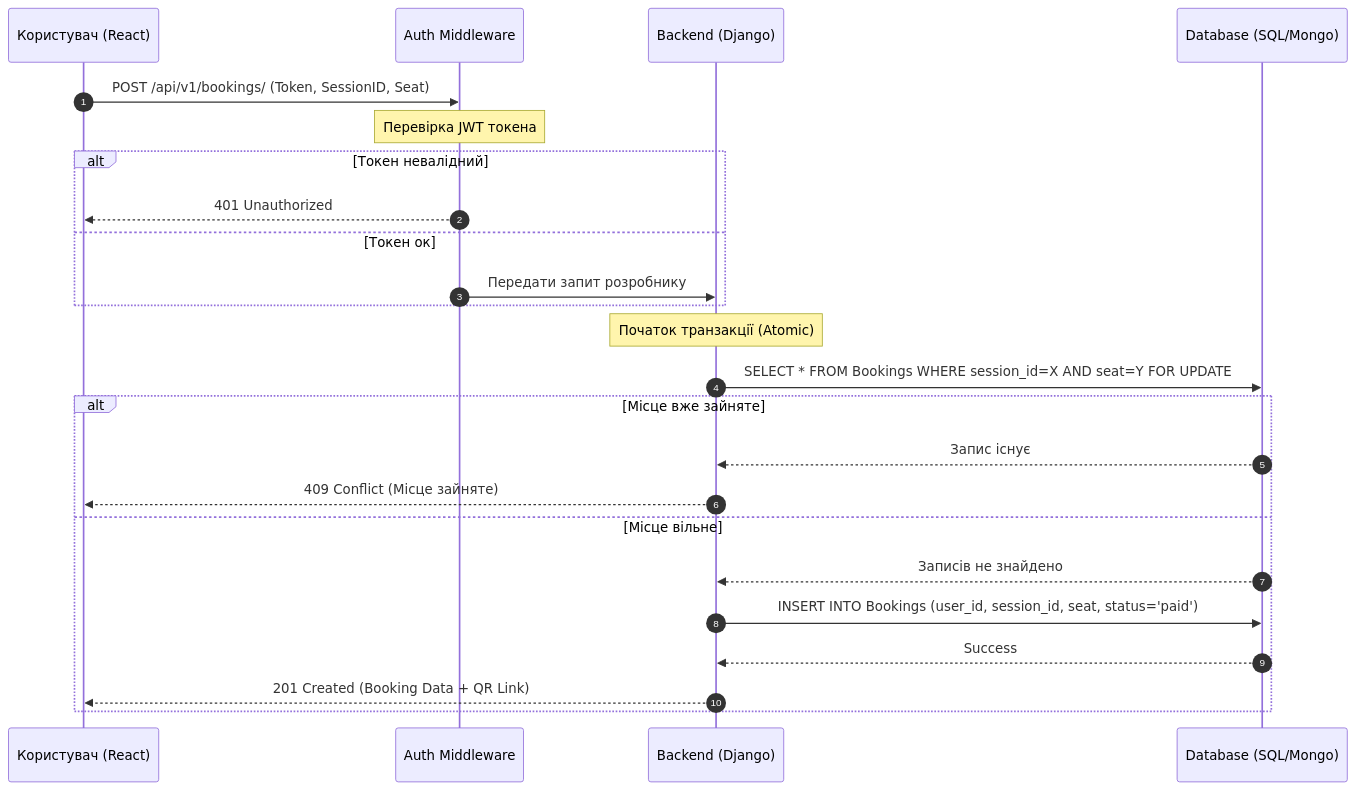
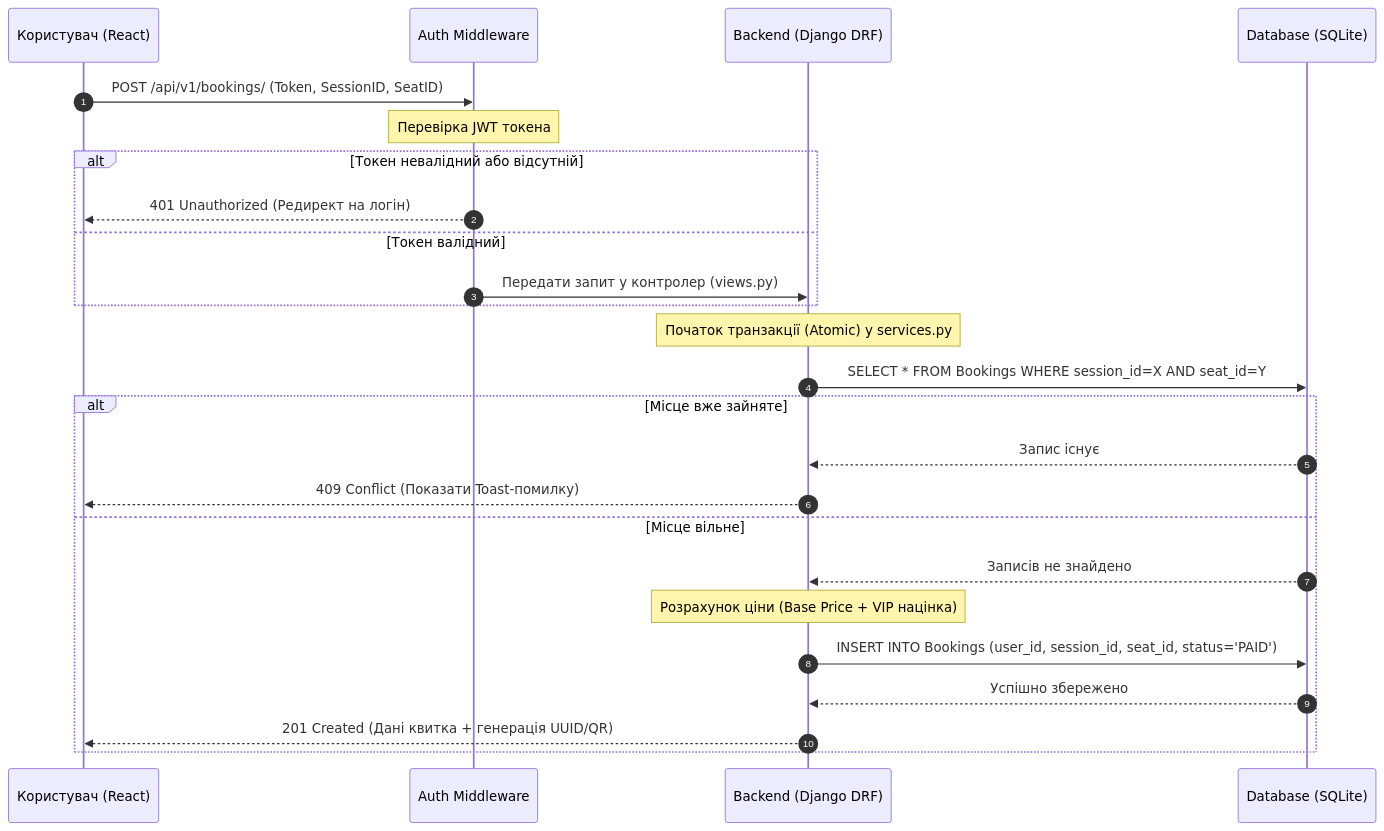
The diagram in docs/Technical_Specification.md (romansxxq/CinemaHub_ComandProject), drawn with Mermaid before and after one commit. The commit also changed other lines of this file, not shown here.

````diff
--- a/docs/Technical_Specification.md
+++ b/docs/Technical_Specification.md
@@ -69,30 +125,31 @@
 ```mermaid
 sequenceDiagram
     autonumber
     participant U as Користувач (React)
     participant A as Auth Middleware
-    participant B as Backend (Django)
-    participant DB as Database (SQL/Mongo)
+    participant B as Backend (Django DRF)
+    participant DB as Database (SQLite)
 
-    U->>A: POST /api/v1/bookings/ (Token, SessionID, Seat)
+    U->>A: POST /api/v1/bookings/ (Token, SessionID, SeatID)
     
     Note over A: Перевірка JWT токена
-    alt Токен невалідний
-        A-->>U: 401 Unauthorized
-    else Токен ок
-        A->>B: Передати запит розробнику
+    alt Токен невалідний або відсутній
+        A-->>U: 401 Unauthorized (Редирект на логін)
+    else Токен валідний
+        A->>B: Передати запит у контролер (views.py)
     end
 
-    Note over B: Початок транзакції (Atomic)
-    B->>DB: SELECT * FROM Bookings WHERE session_id=X AND seat=Y FOR UPDATE
+    Note over B: Початок транзакції (Atomic) у services.py
+    B->>DB: SELECT * FROM Bookings WHERE session_id=X AND seat_id=Y
     
     alt Місце вже зайняте
         DB-->>B: Запис існує
-        B-->>U: 409 Conflict (Місце зайняте)
+        B-->>U: 409 Conflict (Показати Toast-помилку)
     else Місце вільне
         DB-->>B: Записів не знайдено
-        B->>DB: INSERT INTO Bookings (user_id, session_id, seat, status='paid')
-        DB-->>B: Success
-        B-->>U: 201 Created (Booking Data + QR Link)
+        Note over B: Розрахунок ціни (Base Price + VIP націнка)
+        B->>DB: INSERT INTO Bookings (user_id, session_id, seat_id, status='PAID')
+        DB-->>B: Успішно збережено
+        B-->>U: 201 Created (Дані квитка + генерація UUID/QR)
     end
 ```
````
